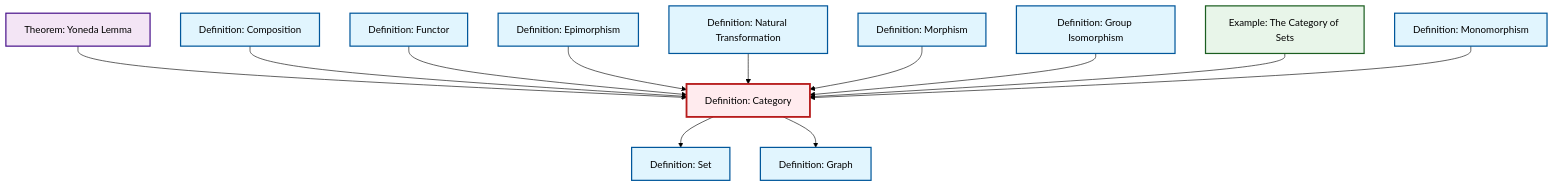
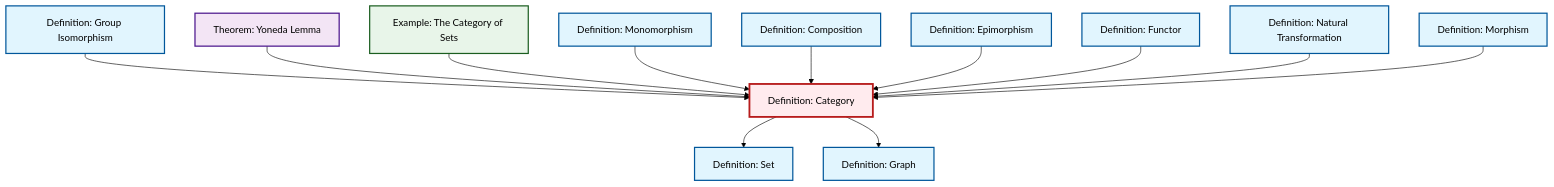
Before and after one commit to RK0429/ModernMath: the diagram in content/ja/category-theory/def-category.qmd, drawn with Mermaid (forest theme). The commit also changed other lines of this file and 619 other files, not shown here.

````diff
--- a/content/ja/category-theory/def-category.qmd
+++ b/content/ja/category-theory/def-category.qmd
@@ -48,44 +48,44 @@
 ```{mermaid}
 %%| fig-cap: "Local dependency graph"
 graph TD
     classDef definition fill:#e1f5fe,stroke:#01579b,stroke-width:2px
     classDef theorem fill:#f3e5f5,stroke:#4a148c,stroke-width:2px
     classDef axiom fill:#fff3e0,stroke:#e65100,stroke-width:2px
     classDef example fill:#e8f5e9,stroke:#1b5e20,stroke-width:2px
     classDef current fill:#ffebee,stroke:#b71c1c,stroke-width:3px
-    def-natural-transformation["Definition: Natural Transformation"]:::definition
+    def-composition["Definition: Composition"]:::definition
+    def-set["Definition: Set"]:::definition
+    def-monomorphism["Definition: Monomorphism"]:::definition
+    def-functor["Definition: Functor"]:::definition
+    ex-set-category["Example: The Category of Sets"]:::example
     def-epimorphism["Definition: Epimorphism"]:::definition
-    def-category["Definition: Category"]:::definition
+    def-morphism["Definition: Morphism"]:::definition
     thm-yoneda["Theorem: Yoneda Lemma"]:::theorem
     def-isomorphism["Definition: Group Isomorphism"]:::definition
-    def-set["Definition: Set"]:::definition
-    def-morphism["Definition: Morphism"]:::definition
-    def-monomorphism["Definition: Monomorphism"]:::definition
-    def-composition["Definition: Composition"]:::definition
+    def-natural-transformation["Definition: Natural Transformation"]:::definition
     def-graph["Definition: Graph"]:::definition
-    ex-set-category["Example: The Category of Sets"]:::example
-    def-functor["Definition: Functor"]:::definition
+    def-category["Definition: Category"]:::definition
+    def-isomorphism --> def-category
     thm-yoneda --> def-category
+    ex-set-category --> def-category
+    def-monomorphism --> def-category
     def-composition --> def-category
-    def-category --> def-set
+    def-epimorphism --> def-category
     def-functor --> def-category
-    def-epimorphism --> def-category
     def-natural-transformation --> def-category
     def-morphism --> def-category
-    def-isomorphism --> def-category
-    ex-set-category --> def-category
-    def-monomorphism --> def-category
+    def-category --> def-set
     def-category --> def-graph
     class def-category current
-    click def-natural-transformation "def-natural-transformation.html" "Definition: Natural Transformationへ"
+    click def-composition "def-composition.html" "Definition: Compositionへ"
+    click def-set "def-set.html" "Definition: Setへ"
+    click def-monomorphism "def-monomorphism.html" "Definition: Monomorphismへ"
+    click def-functor "def-functor.html" "Definition: Functorへ"
+    click ex-set-category "ex-set-category.html" "Example: The Category of Setsへ"
     click def-epimorphism "def-epimorphism.html" "Definition: Epimorphismへ"
+    click def-morphism "def-morphism.html" "Definition: Morphismへ"
     click thm-yoneda "thm-yoneda.html" "Theorem: Yoneda Lemmaへ"
     click def-isomorphism "def-isomorphism.html" "Definition: Group Isomorphismへ"
-    click def-set "def-set.html" "Definition: Setへ"
-    click def-morphism "def-morphism.html" "Definition: Morphismへ"
-    click def-monomorphism "def-monomorphism.html" "Definition: Monomorphismへ"
-    click def-composition "def-composition.html" "Definition: Compositionへ"
+    click def-natural-transformation "def-natural-transformation.html" "Definition: Natural Transformationへ"
     click def-graph "def-graph.html" "Definition: Graphへ"
-    click ex-set-category "ex-set-category.html" "Example: The Category of Setsへ"
-    click def-functor "def-functor.html" "Definition: Functorへ"
 ```
````
